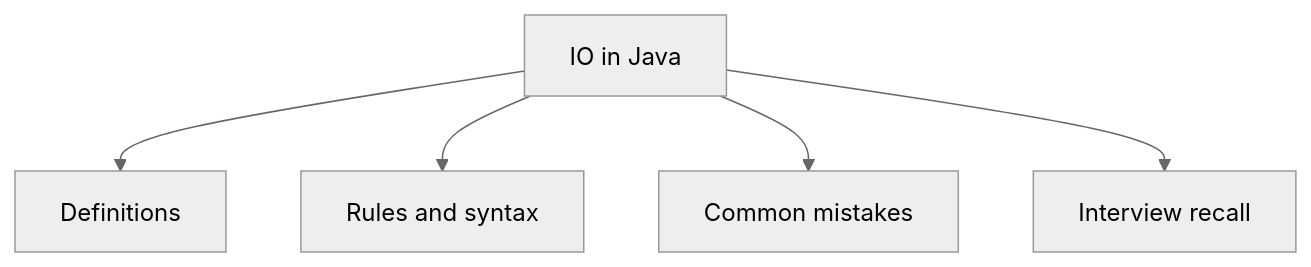
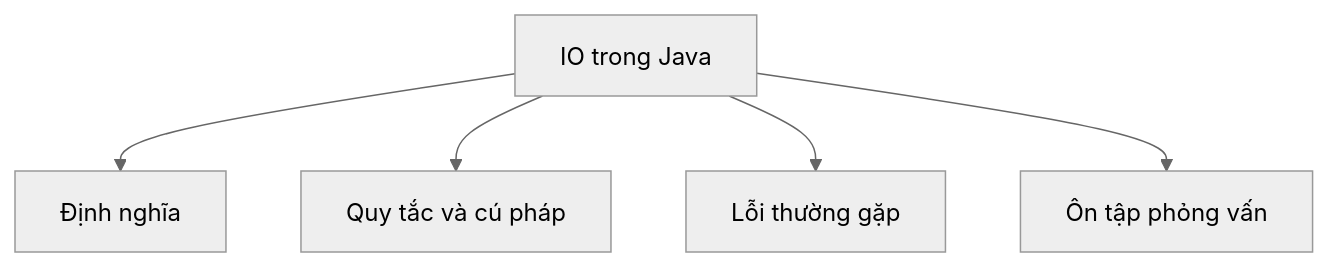
The diagram in 26-io/README.md (PhuThien2005/theoretical-of-java-core), drawn with Mermaid (neutral theme) before and after one commit. The commit also changed other lines of this file and 229 other files, not shown here.

````diff
--- a/26-io/README.md
+++ b/26-io/README.md
@@ -62,7 +62,7 @@
 ```mermaid
 flowchart TD
-    A[IO in Java] --> B[Definitions]
-    A --> C[Rules and syntax]
-    A --> D[Common mistakes]
-    A --> E[Interview recall]
+    A[IO trong Java] --> B[Định nghĩa]
+    A --> C[Quy tắc và cú pháp]
+    A --> D[Lỗi thường gặp]
+    A --> E[Ôn tập phỏng vấn]
 ```
````
